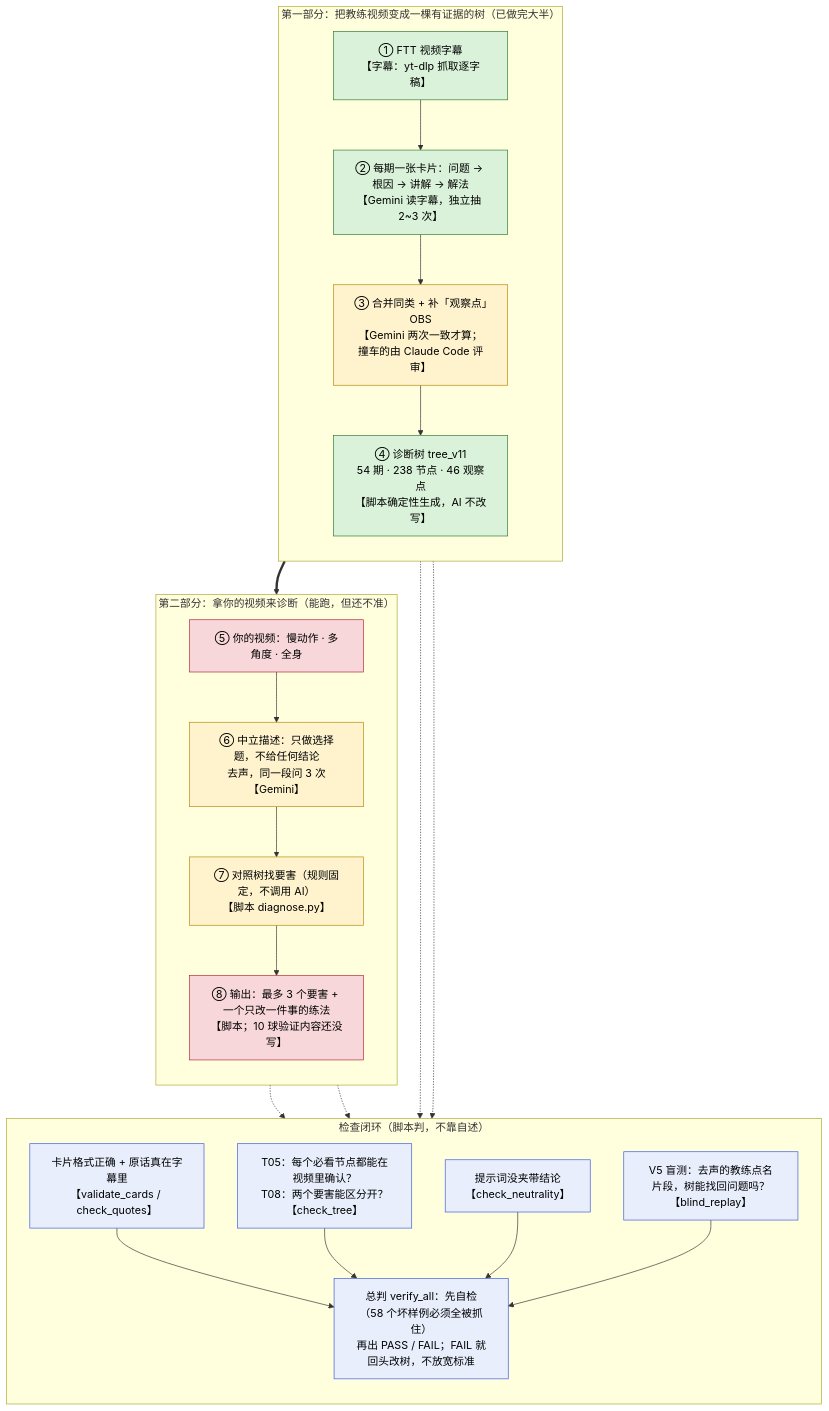
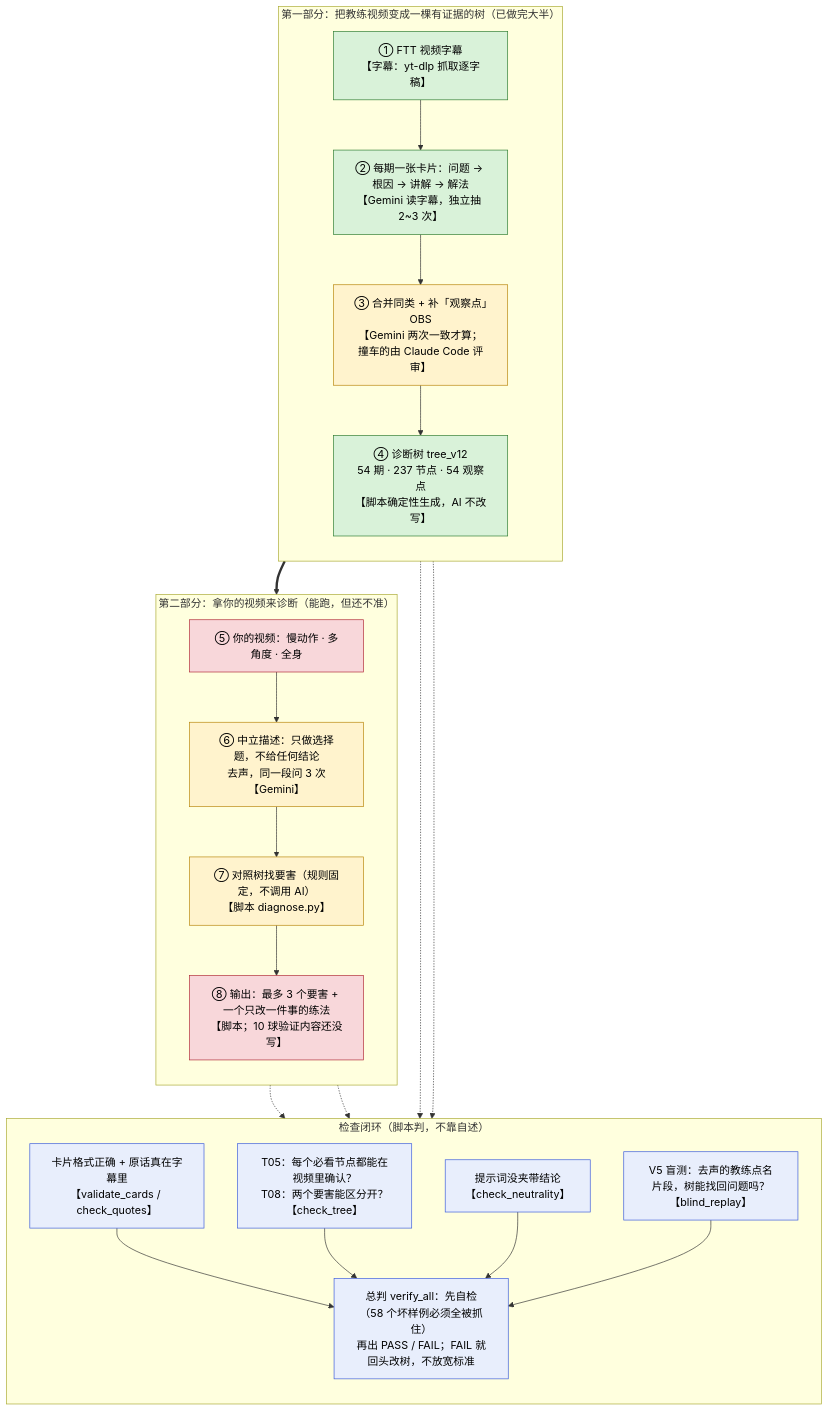
Before and after one commit to xiaollz/tennis_analyzer: the diagram in docs/diagnosis/FLOW_overview.md, drawn with Mermaid. The commit also changed other lines of this file and 20 other files, not shown here.

````diff
--- a/docs/diagnosis/FLOW_overview.md
+++ b/docs/diagnosis/FLOW_overview.md
@@ -10,44 +10,44 @@
 ```mermaid
 flowchart TD
   subgraph L1["第一部分：把教练视频变成一棵有证据的树（已做完大半）"]
     direction TB
     A["① FTT 视频字幕<br/>【字幕：yt-dlp 抓取逐字稿】"]
     B["② 每期一张卡片：问题 → 根因 → 讲解 → 解法<br/>【Gemini 读字幕，独立抽 2~3 次】"]
     C["③ 合并同类 + 补「观察点」OBS<br/>【Gemini 两次一致才算；撞车的由 Claude Code 评审】"]
-    D["④ 诊断树 tree_v11<br/>54 期 · 238 节点 · 46 观察点<br/>【脚本确定性生成，AI 不改写】"]
+    D["④ 诊断树 tree_v12<br/>54 期 · 237 节点 · 54 观察点<br/>【脚本确定性生成，AI 不改写】"]
     A --> B --> C --> D
   end
   subgraph L2["第二部分：拿你的视频来诊断（能跑，但还不准）"]
     direction TB
     E["⑤ 你的视频：慢动作 · 多角度 · 全身"]
     F["⑥ 中立描述：只做选择题，不给任何结论<br/>去声，同一段问 3 次<br/>【Gemini】"]
     G["⑦ 对照树找要害（规则固定，不调用 AI）<br/>【脚本 diagnose.py】"]
     H["⑧ 输出：最多 3 个要害 + 一个只改一件事的练法<br/>【脚本；10 球验证内容还没写】"]
     E --> F --> G --> H
   end
   D ==> G
   subgraph L3["检查闭环（脚本判，不靠自述）"]
     direction TB
     V1["卡片格式正确 + 原话真在字幕里<br/>【validate_cards / check_quotes】"]
     V2["T05：每个必看节点都能在视频里确认？<br/>T08：两个要害能区分开？<br/>【check_tree】"]
     V3["提示词没夹带结论<br/>【check_neutrality】"]
     V4["V5 盲测：去声的教练点名片段，树能找回问题吗？<br/>【blind_replay】"]
     S["总判 verify_all：先自检（58 个坏样例必须全被抓住）<br/>再出 PASS / FAIL；FAIL 就回头改树，不放宽标准"]
     V1 --> S
     V2 --> S
     V3 --> S
     V4 --> S
   end
   B -.-> V1
   D -.-> V2
   F -.-> V3
   G -.-> V4
   classDef done fill:#d9f2d9,stroke:#2e7d32,color:#000
   classDef part fill:#fff3cd,stroke:#b8860b,color:#000
   classDef todo fill:#f8d7da,stroke:#b02a37,color:#000
   classDef chk fill:#e8eefc,stroke:#3b5bdb,color:#000
   class A,B,D done
   class C,F,G part
   class E,H todo
   class V1,V2,V3,V4,S chk
 ```
````
